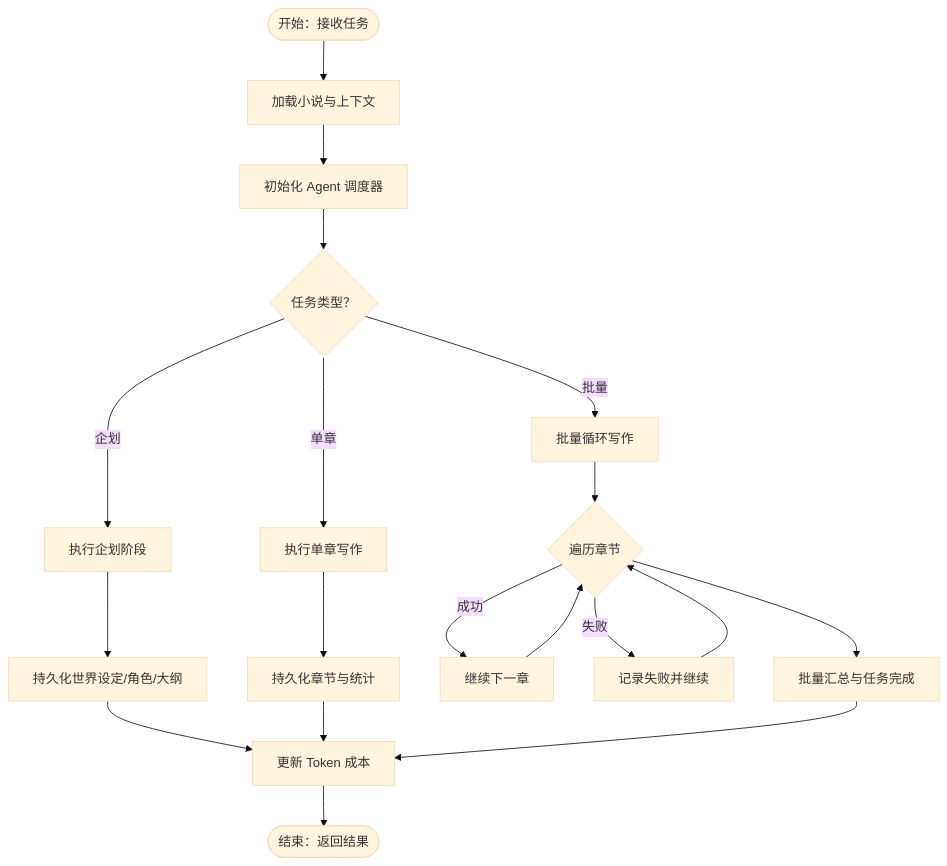
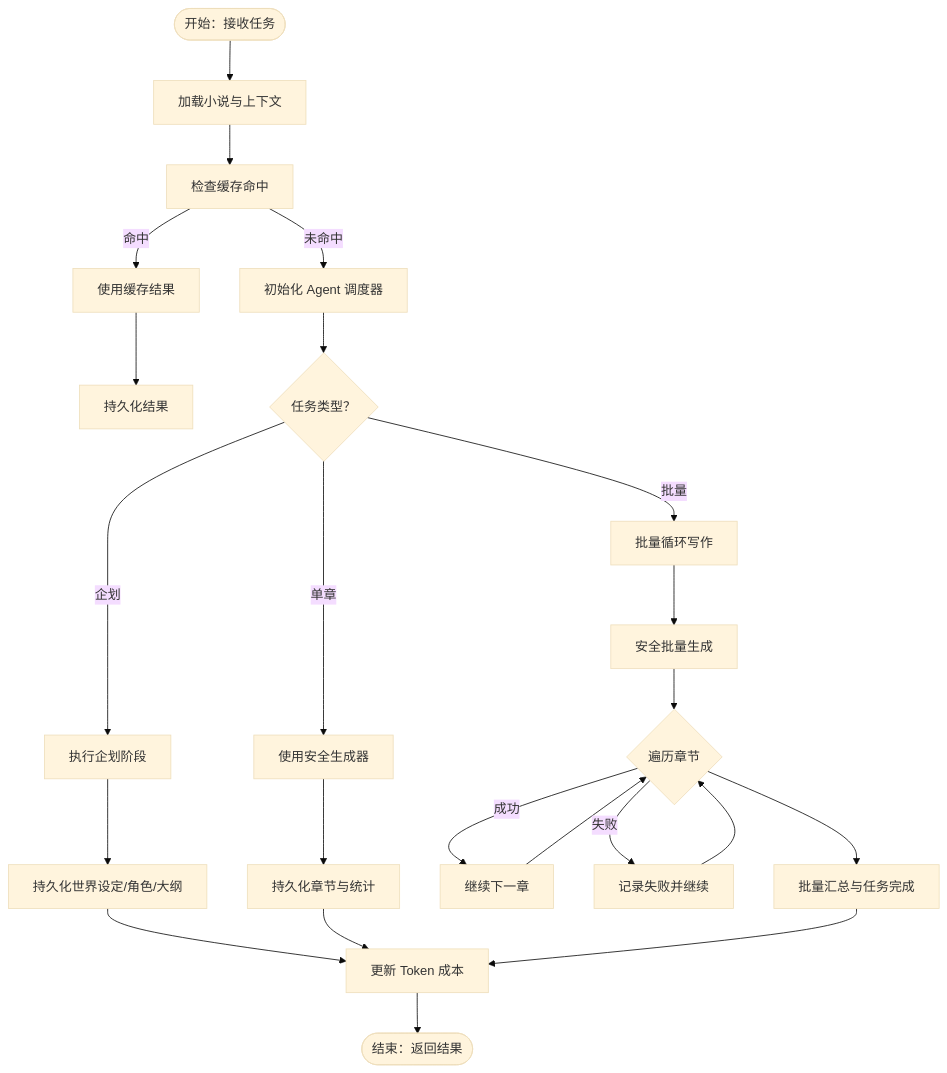
One commit to xfbyxq/ai-novel-system changed the third of 9 diagrams in .qoder/repowiki/zh/content/后端架构/服务层设计.md. Above: the diagram before and after it, drawn with Mermaid (base theme). The commit also changed other lines of this file and 38 other files, not shown here.

````diff
--- a/.qoder/repowiki/zh/content/后端架构/服务层设计.md
+++ b/.qoder/repowiki/zh/content/后端架构/服务层设计.md
@@ -251,21 +213,25 @@
 ```mermaid
 flowchart TD
 Start(["开始：接收任务"]) --> Load["加载小说与上下文"]
-Load --> Init["初始化 Agent 调度器"]
+Load --> CacheCheck["检查缓存命中"]
+CacheCheck --> |命中| UseCache["使用缓存结果"]
+CacheCheck --> |未命中| Init["初始化 Agent 调度器"]
+UseCache --> Persist["持久化结果"]
 Init --> Run{"任务类型？"}
 Run --> |企划| Plan["执行企划阶段"]
-Run --> |单章| Write["执行单章写作"]
+Run --> |单章| SafeGen["使用安全生成器"]
 Run --> |批量| Batch["批量循环写作"]
 Plan --> PersistPlan["持久化世界设定/角色/大纲"]
-Write --> PersistChapter["持久化章节与统计"]
-Batch --> Loop{"遍历章节"}
+SafeGen --> PersistChapter["持久化章节与统计"]
+Batch --> SafeBatch["安全批量生成"]
+SafeBatch --> Loop{"遍历章节"}
 Loop --> |成功| Next["继续下一章"]
 Loop --> |失败| RecordErr["记录失败并继续"]
 Next --> Loop
 RecordErr --> Loop
 Loop --> DoneBatch["批量汇总与任务完成"]
 PersistPlan --> UpdateCost["更新 Token 成本"]
 PersistChapter --> UpdateCost
 DoneBatch --> UpdateCost
 UpdateCost --> End(["结束：返回结果"])
 ```
````
